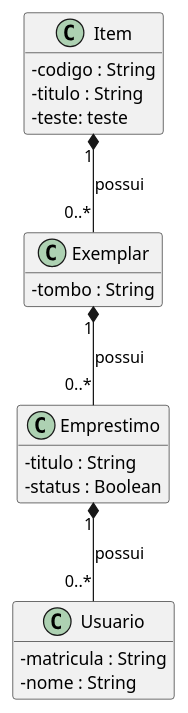
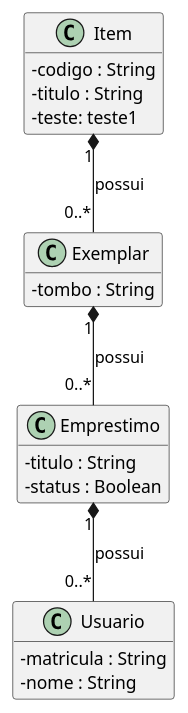
The diagram in docs/modelo.puml (AntoniElae/POO-2026-2), drawn with PlantUML before and after one commit.

```diff
--- a/docs/modelo.puml
+++ b/docs/modelo.puml
@@ -1,39 +1,39 @@
 @startuml
 ' Modelo de domínio do sistema: Entrega 1.
 '
 ' Este arquivo é o ponto de partida. Substitua pelo modelo da sua equipe.
 ' O diagrama precisa corresponder ao código entregue.
 '
 ' Para gerar a imagem: instale o plugin PlantUML no IntelliJ, ou use
 '   plantuml docs/modelo.puml
 ' e versione a imagem gerada ao lado deste arquivo.
 
 skinparam classAttributeIconSize 0
 hide empty members
 
 class Item {
   - codigo : String
   - titulo : String
-  - teste: teste
+  - teste: teste1
 }
 
 class Exemplar {
   - tombo : String
 }
 
 class Usuario {
   - matricula : String
   - nome : String
 }
 
 class Emprestimo {
   - titulo : String
   - status : Boolean
 }
 
 Item "1" *-- "0..*" Exemplar : possui
 Exemplar "1" *-- "0..*" Emprestimo : possui
 Emprestimo "1" *-- "0..*" Usuario : possui
 
 
 @enduml
```
